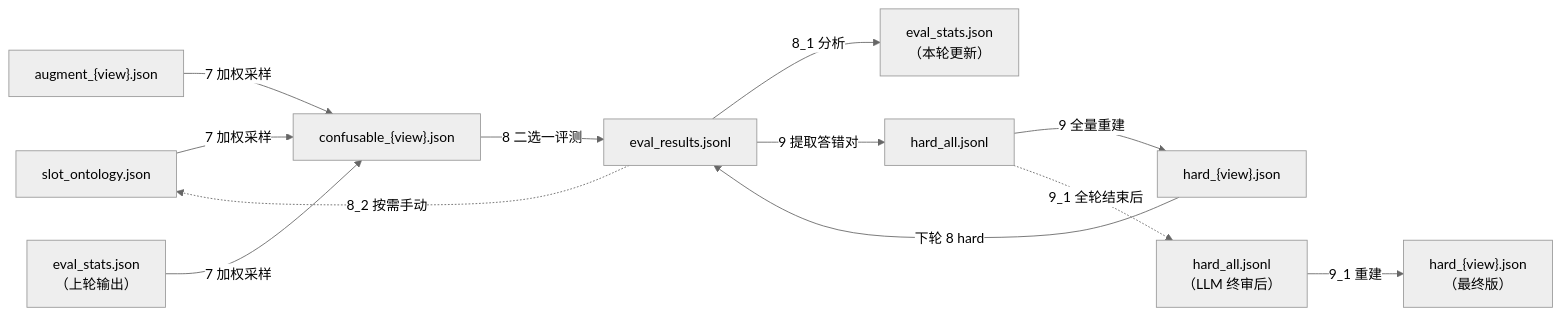
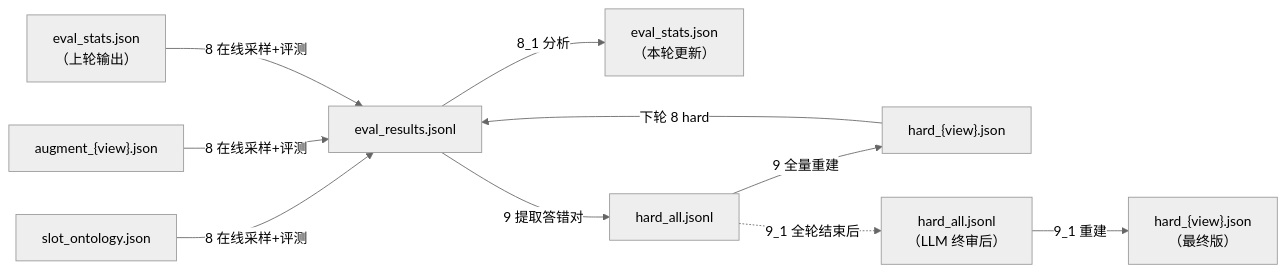
One commit to Fancomi/sport_ontology changed the second of 3 diagrams in tools/PIPELINE.md. Above: the diagram before and after it, drawn with Mermaid (neutral theme). The commit also changed other lines of this file and 8 other files, not shown here.

````diff
--- a/tools/PIPELINE.md
+++ b/tools/PIPELINE.md
@@ -43,17 +41,15 @@
 ```mermaid
 flowchart LR
     ONTO["slot_ontology.json"]
     AUG["augment_{view}.json"]
     STATS["eval_stats.json\n（上轮输出）"]
 
-    ONTO & AUG & STATS -->|7 加权采样| CONF["confusable_{view}.json"]
-    CONF -->|8 二选一评测| EVAL["eval_results.jsonl"]
+    ONTO & AUG & STATS -->|"8 在线采样+评测"| EVAL["eval_results.jsonl"]
     EVAL -->|8_1 分析| STATS2["eval_stats.json\n（本轮更新）"]
     EVAL -->|9 提取答错对| HALL["hard_all.jsonl"]
     HALL -->|9 全量重建| HARD["hard_{view}.json"]
     HARD -->|下轮 8 hard| EVAL
 
-    EVAL -.->|8_2 按需手动| ONTO
     HALL -.->|9_1 全轮结束后| HALL2["hard_all.jsonl\n（LLM 终审后）"]
     HALL2 -->|9_1 重建| HARD2["hard_{view}.json\n（最终版）"]
 ```
````
